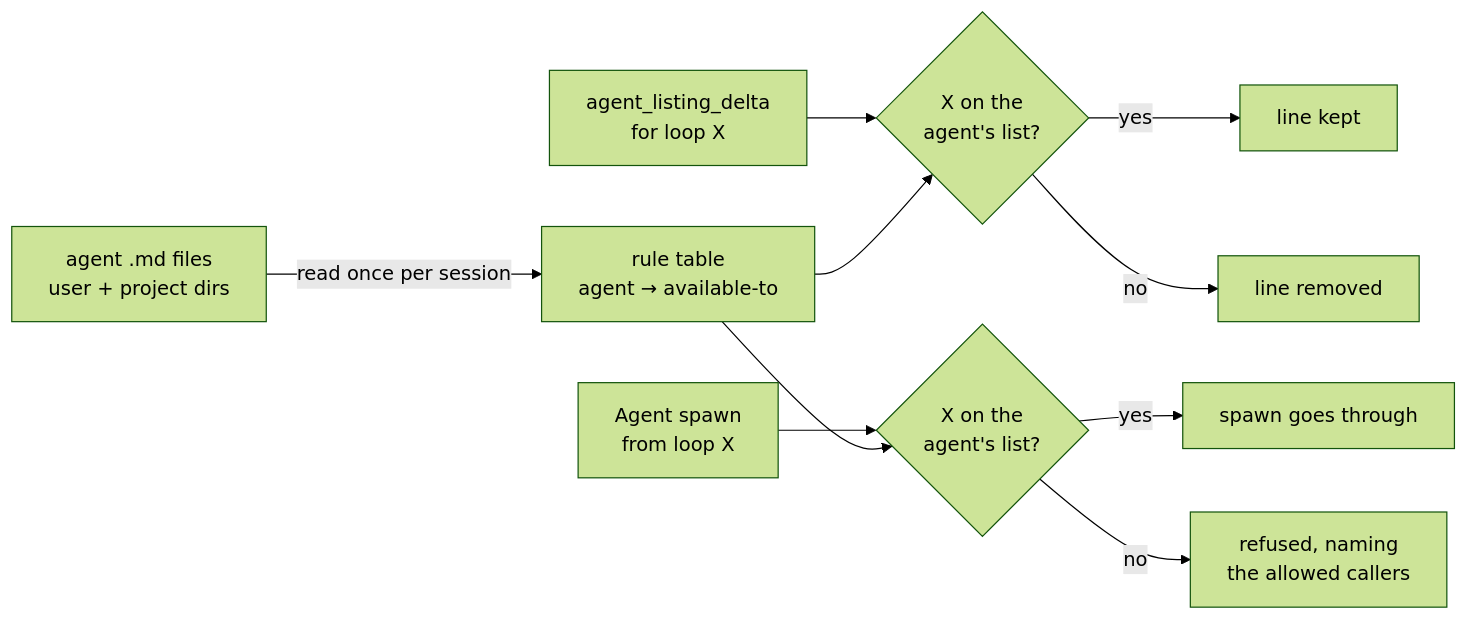
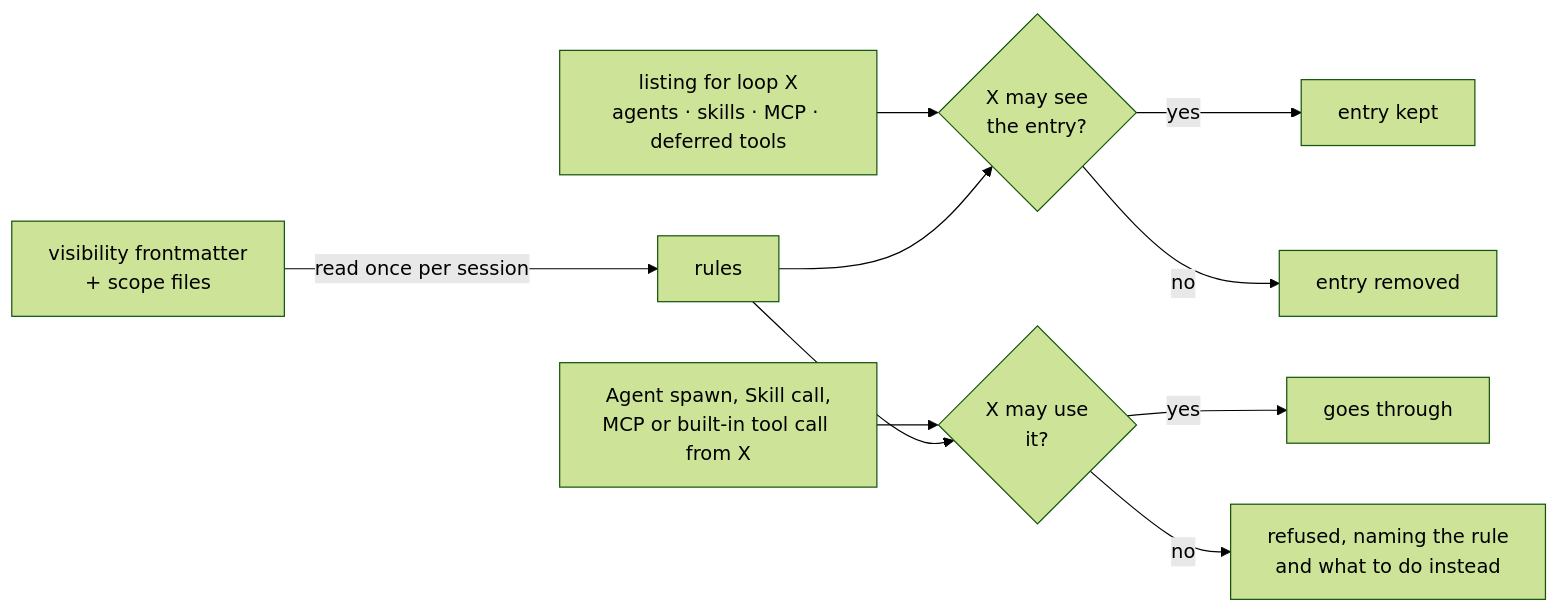
Before and after one commit to rezzminator/tool-visibility-controller: the diagram in README.md, drawn with Mermaid (forest theme). The commit also changed other lines of this file and 41 other files, not shown here.

First line of the commit message:
feat!: tool-visibility-controller — one visibility field scopes agents, skills, MCP and built-in tools per loop

````diff
--- a/README.md
+++ b/README.md
@@ -112,12 +156,12 @@
 ```mermaid
 flowchart LR
-  D["agent .md files<br/>user + project dirs"] -->|read once per session| R["rule table<br/>agent → available-to"]
-  L["agent_listing_delta<br/>for loop X"] --> F{"X on the<br/>agent's list?"}
-  R --> F
-  F -->|yes| K["line kept"]
-  F -->|no| H["line removed"]
-  S["Agent spawn<br/>from loop X"] --> G{"X on the<br/>agent's list?"}
-  R --> G
-  G -->|yes| P["spawn goes through"]
-  G -->|no| N["refused, naming<br/>the allowed callers"]
+  D["visibility frontmatter<br/>+ scope files"] -->|read once per session| P["rules"]
+  L["listing for loop X<br/>agents · skills · MCP · deferred tools"] --> F{"X may see<br/>the entry?"}
+  P --> F
+  F -->|yes| K["entry kept"]
+  F -->|no| H["entry removed"]
+  C["Agent spawn, Skill call,<br/>MCP or built-in tool call from X"] --> G{"X may use<br/>it?"}
+  P --> G
+  G -->|yes| R["goes through"]
+  G -->|no| N["refused, naming the rule<br/>and what to do instead"]
 ```
````
